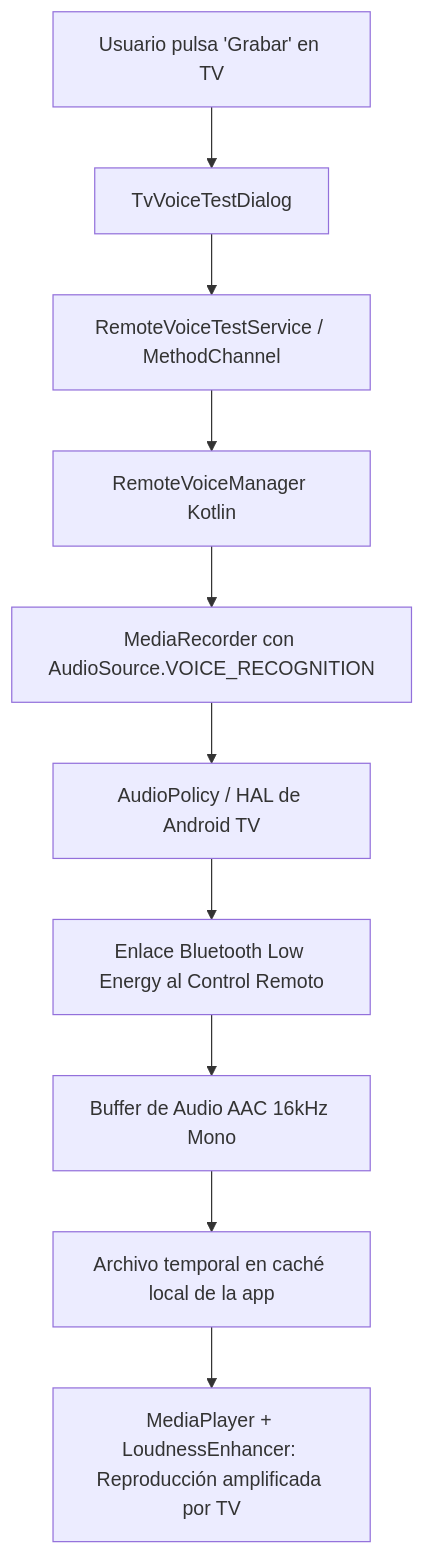
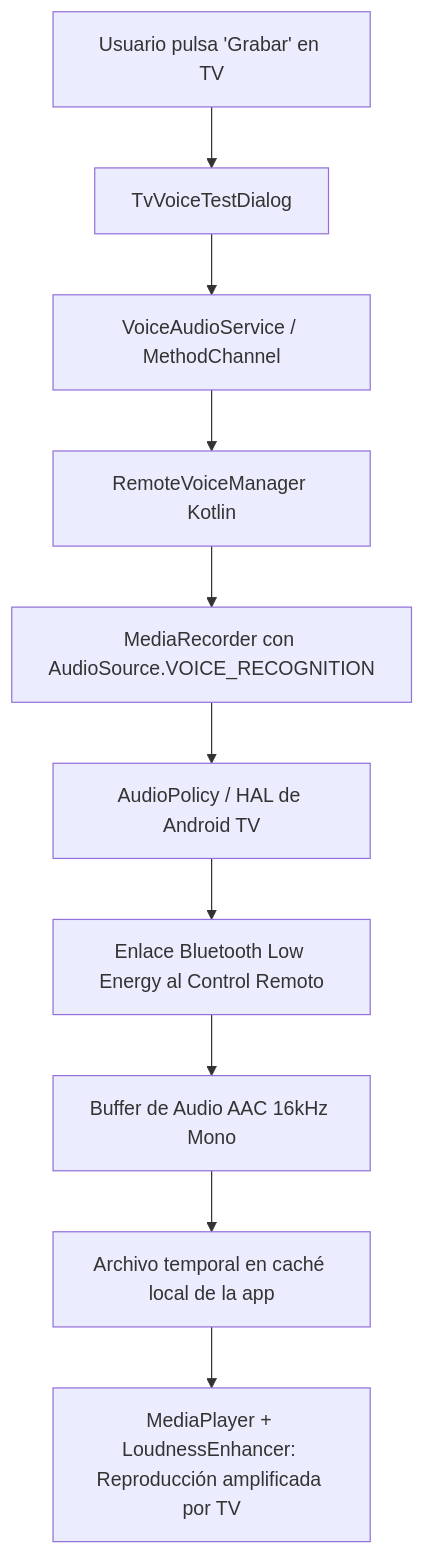
One commit to dariomadeira/moai3 changed the diagram in specs/features/tv_remote_voice_input.md. Above: the diagram before and after it, drawn with Mermaid. The commit also changed other lines of this file and 4 other files, not shown here.

````diff
--- a/specs/features/tv_remote_voice_input.md
+++ b/specs/features/tv_remote_voice_input.md
@@ -10,12 +12,12 @@
 ```mermaid
 graph TD
     A[Usuario pulsa 'Grabar' en TV] --> B[TvVoiceTestDialog]
-    B --> C[RemoteVoiceTestService / MethodChannel]
+    B --> C[VoiceAudioService / MethodChannel]
     C --> D[RemoteVoiceManager Kotlin]
     D --> E[MediaRecorder con AudioSource.VOICE_RECOGNITION]
     E --> F[AudioPolicy / HAL de Android TV]
     F --> G[Enlace Bluetooth Low Energy al Control Remoto]
     G --> H[Buffer de Audio AAC 16kHz Mono]
     H --> I[Archivo temporal en caché local de la app]
     I --> J[MediaPlayer + LoudnessEnhancer: Reproducción amplificada por TV]
 ```
````
